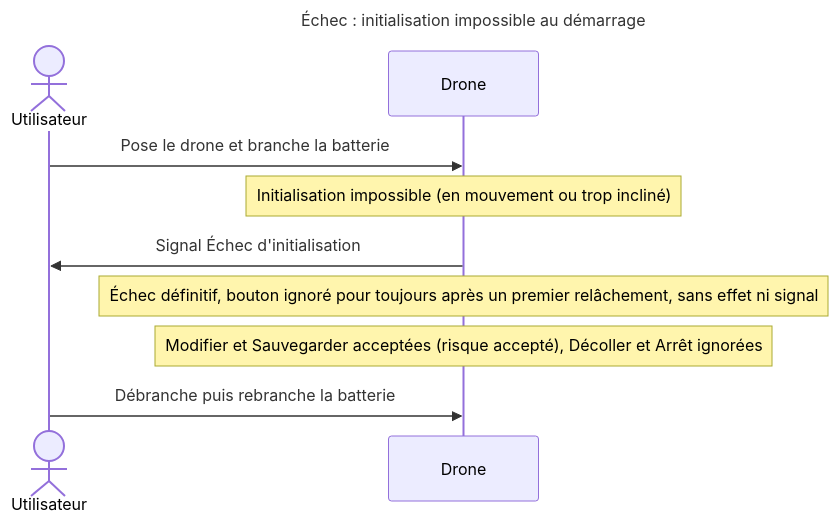
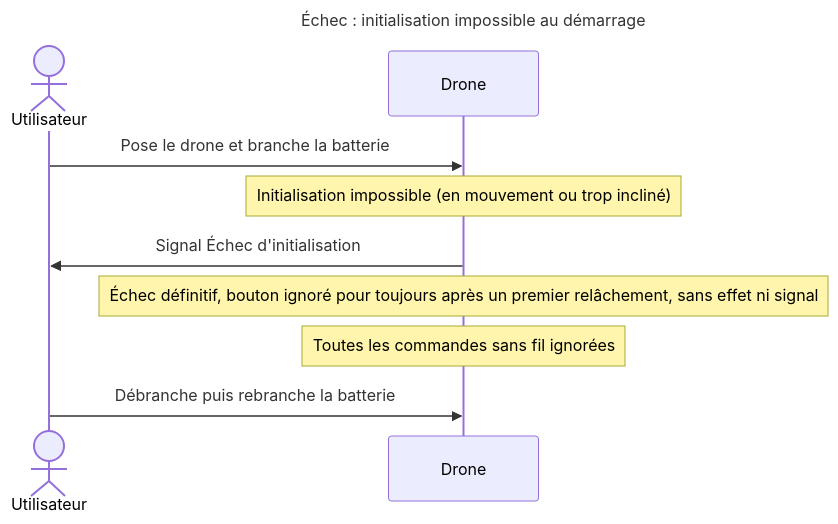
One commit to thourymatthieu-png/coworker_archi_system changed diagram 14 of 16 in projets/boomrone/00-scenarios.md. Above: the diagram before and after it, drawn with Mermaid. The commit also changed other lines of this file and 11 other files, not shown here.

````diff
--- a/projets/boomrone/00-scenarios.md
+++ b/projets/boomrone/00-scenarios.md
@@ -961,14 +959,14 @@
 ```mermaid
 ---
 title: "Échec : initialisation impossible au démarrage"
 ---
 sequenceDiagram
     actor U as Utilisateur
     participant D as Drone
     U->>D: Pose le drone et branche la batterie
     Note over D: Initialisation impossible (en mouvement ou trop incliné)
     D->>U: Signal Échec d'initialisation
     Note over D: Échec définitif, bouton ignoré pour toujours après un premier relâchement, sans effet ni signal
-    Note over D: Modifier et Sauvegarder acceptées (risque accepté), Décoller et Arrêt ignorées
+    Note over D: Toutes les commandes sans fil ignorées
     U->>D: Débranche puis rebranche la batterie
 ```
````
